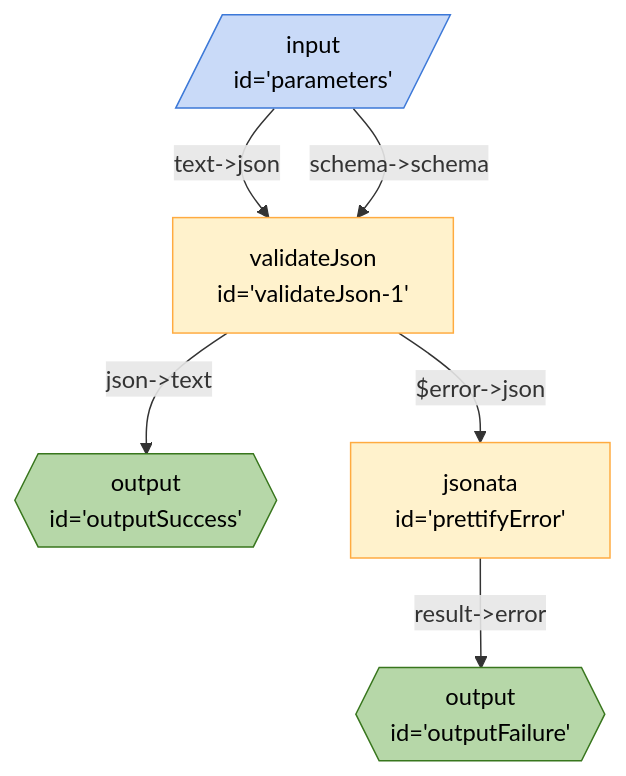
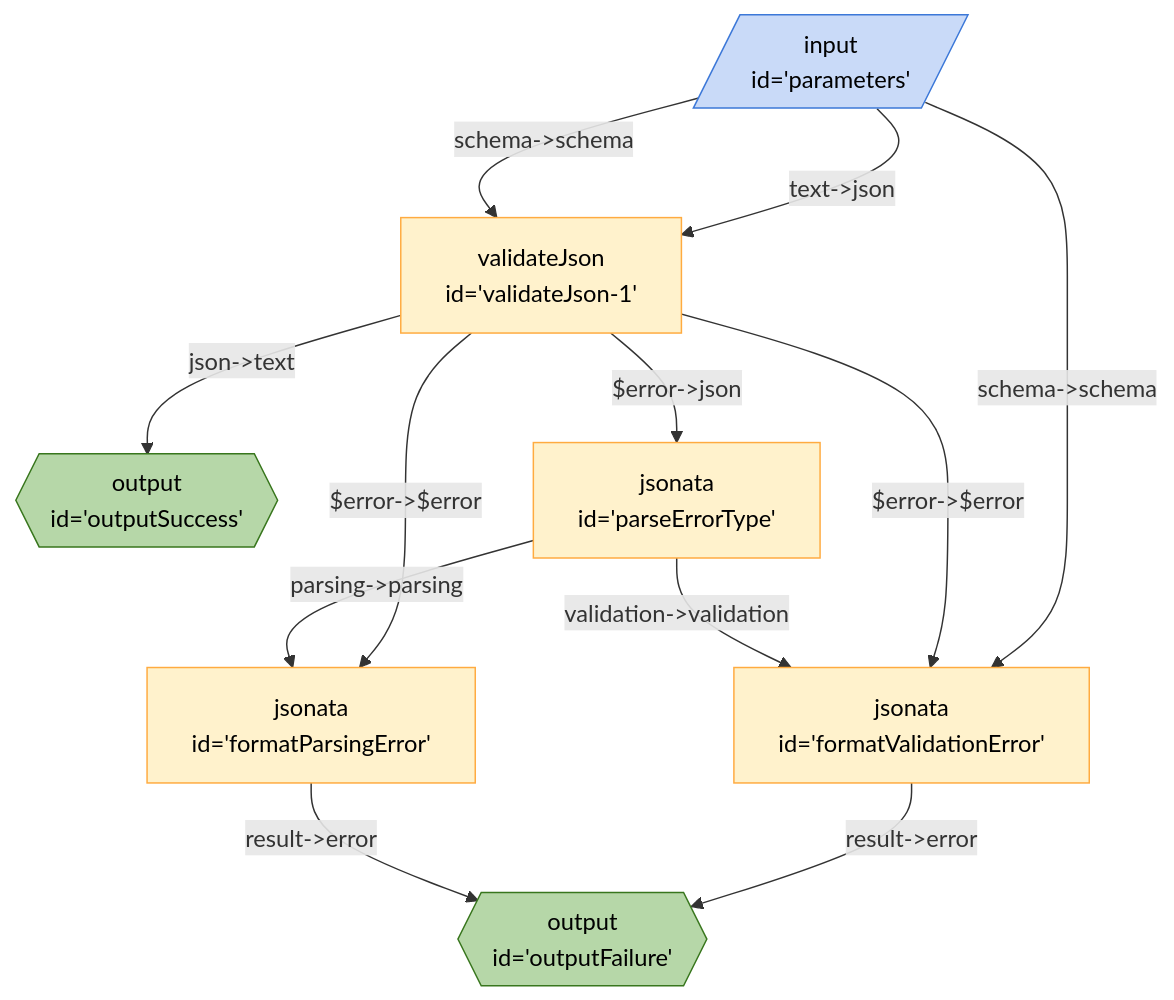
Before and after one commit to breadboard-ai/breadboard: the diagram in seeds/breadboard-web/docs/graphs/json-validator.md, drawn with Mermaid. The commit also changed 5 other files, not shown here.

````diff
--- a/seeds/breadboard-web/docs/graphs/json-validator.md
+++ b/seeds/breadboard-web/docs/graphs/json-validator.md
@@ -3,17 +3,23 @@
 ```mermaid
 %%{init: 'themeVariables': { 'fontFamily': 'Fira Code, monospace' }}%%
 graph TD;
 parameters[/"input <br> id='parameters'"/]:::input -- "text->json" --> validateJson1["validateJson <br> id='validateJson-1'"]
 parameters[/"input <br> id='parameters'"/]:::input -- "schema->schema" --> validateJson1["validateJson <br> id='validateJson-1'"]
 validateJson1["validateJson <br> id='validateJson-1'"] -- "json->text" --> outputSuccess{{"output <br> id='outputSuccess'"}}:::output
-validateJson1["validateJson <br> id='validateJson-1'"] -- "$error->json" --> prettifyError["jsonata <br> id='prettifyError'"]
-prettifyError["jsonata <br> id='prettifyError'"] -- "result->error" --> outputFailure{{"output <br> id='outputFailure'"}}:::output
+parameters[/"input <br> id='parameters'"/]:::input -- "schema->schema" --> formatValidationError["jsonata <br> id='formatValidationError'"]
+validateJson1["validateJson <br> id='validateJson-1'"] -- "$error->$error" --> formatValidationError["jsonata <br> id='formatValidationError'"]
+validateJson1["validateJson <br> id='validateJson-1'"] -- "$error->$error" --> formatParsingError["jsonata <br> id='formatParsingError'"]
+validateJson1["validateJson <br> id='validateJson-1'"] -- "$error->json" --> parseErrorType["jsonata <br> id='parseErrorType'"]
+parseErrorType["jsonata <br> id='parseErrorType'"] -- "validation->validation" --> formatValidationError["jsonata <br> id='formatValidationError'"]
+parseErrorType["jsonata <br> id='parseErrorType'"] -- "parsing->parsing" --> formatParsingError["jsonata <br> id='formatParsingError'"]
+formatValidationError["jsonata <br> id='formatValidationError'"] -- "result->error" --> outputFailure{{"output <br> id='outputFailure'"}}:::output
+formatParsingError["jsonata <br> id='formatParsingError'"] -- "result->error" --> outputFailure{{"output <br> id='outputFailure'"}}:::output
 classDef default stroke:#ffab40,fill:#fff2ccff,color:#000
 classDef input stroke:#3c78d8,fill:#c9daf8ff,color:#000
 classDef output stroke:#38761d,fill:#b6d7a8ff,color:#000
 classDef passthrough stroke:#a64d79,fill:#ead1dcff,color:#000
 classDef slot stroke:#a64d79,fill:#ead1dcff,color:#000
 classDef config stroke:#a64d79,fill:#ead1dcff,color:#000
 classDef secrets stroke:#db4437,fill:#f4cccc,color:#000
 classDef slotted stroke:#a64d79
 ```
````
